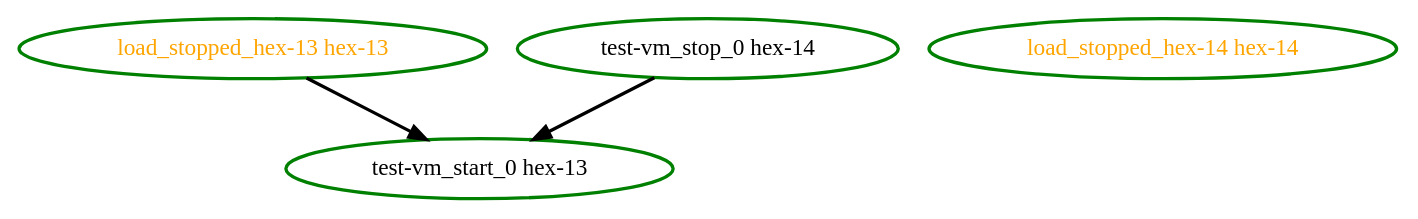
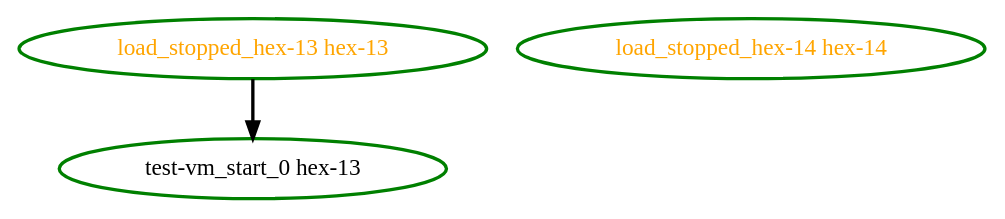
Before and after one commit to ClusterLabs/pacemaker: the diagram in pengine/test10/migrate-fail-9.dot, drawn with Graphviz. The commit also changed 2 other files, not shown here.

Commit message:
Test: scheduler: update migrate-fail-9 test for migration code change
migrate-fail-7 has a failed migrate_to and successful stop on the migration
source, with only a probe on the migration target. The cluster's response is to
start the affected resource (on the source).

migrate-fail-9 is identical, except the target has a successful stop as well.
Previously, the cluster would schedule a stop and a start (on the source).
However, there's no reason a successful stop on the target should force a
redundant stop on the source. Now, it will only schedule the start.

```diff
--- a/pengine/test10/migrate-fail-9.dot
+++ b/pengine/test10/migrate-fail-9.dot
@@ -1,8 +1,6 @@
 digraph "g" {
 "load_stopped_hex-13 hex-13" -> "test-vm_start_0 hex-13" [ style = bold]
 "load_stopped_hex-13 hex-13" [ style=bold color="green" fontcolor="orange" ]
 "load_stopped_hex-14 hex-14" [ style=bold color="green" fontcolor="orange" ]
 "test-vm_start_0 hex-13" [ style=bold color="green" fontcolor="black" ]
-"test-vm_stop_0 hex-14" -> "test-vm_start_0 hex-13" [ style = bold]
-"test-vm_stop_0 hex-14" [ style=bold color="green" fontcolor="black" ]
 }
```
